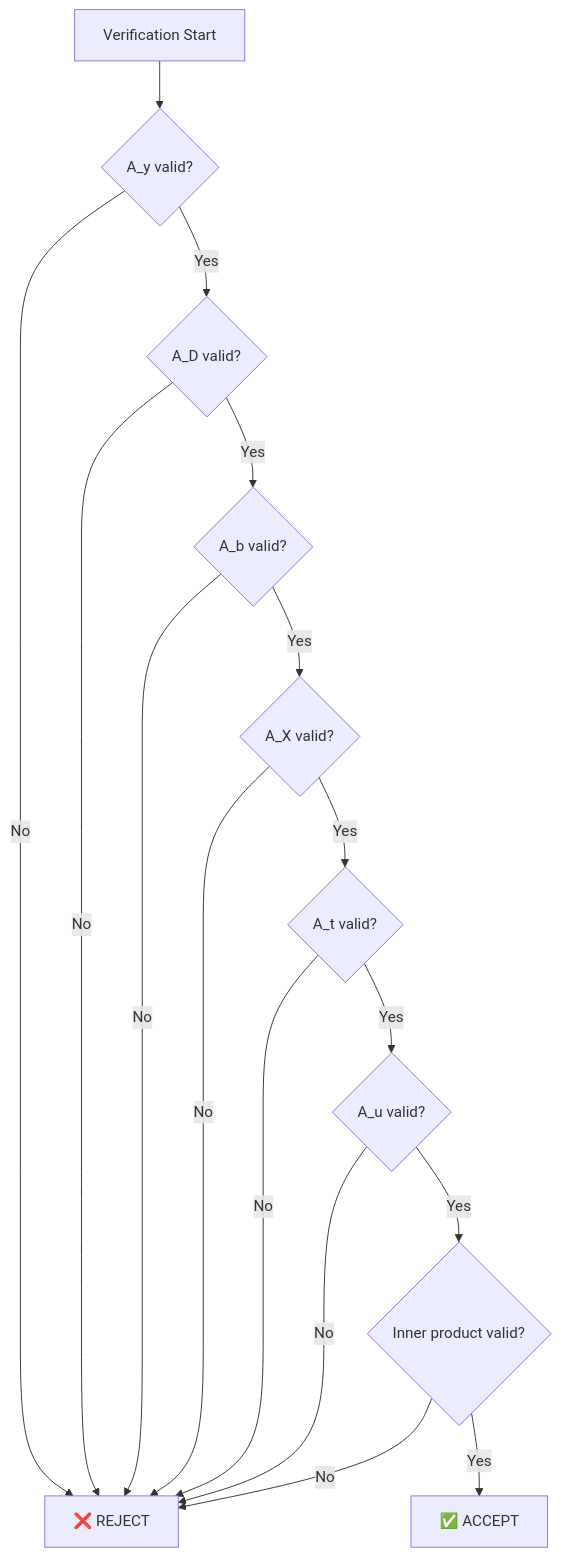
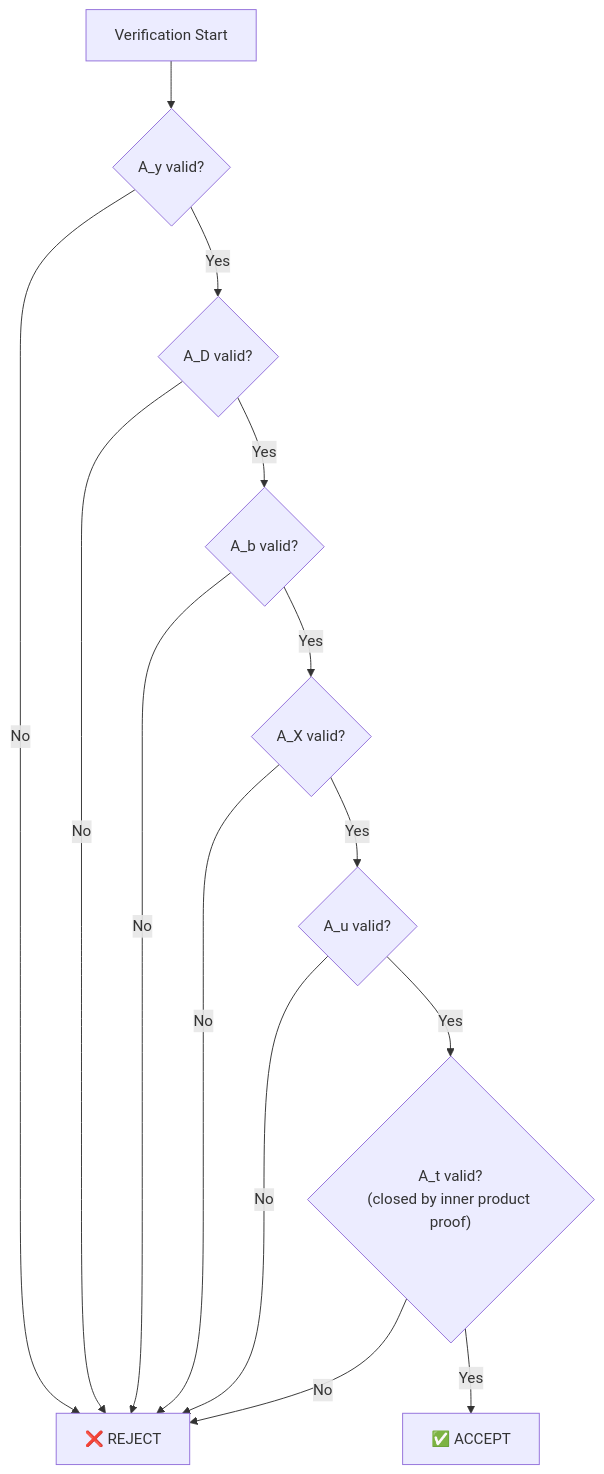
The fifth of 6 diagrams in derod-main/pages/integrity/proof-verification-flow.mdx (DHEBP/dero-docs), drawn with Mermaid before and after one commit. The commit also changed other lines of this file and 8 other files, not shown here.

````diff
--- a/derod-main/pages/integrity/proof-verification-flow.mdx
+++ b/derod-main/pages/integrity/proof-verification-flow.mdx
@@ -338,18 +338,16 @@
 ```mermaid
 flowchart TD
     V["Verification Start"] --> A{"A_y valid?"}
     A -->|No| REJ["❌ REJECT"]
     A -->|Yes| B{"A_D valid?"}
     B -->|No| REJ
     B -->|Yes| C{"A_b valid?"}
     C -->|No| REJ
     C -->|Yes| D{"A_X valid?"}
     D -->|No| REJ
-    D -->|Yes| E{"A_t valid?"}
+    D -->|Yes| F{"A_u valid?"}
+    F -->|No| REJ
+    F -->|Yes| E{"A_t valid?<br/>(closed by inner product proof)"}
     E -->|No| REJ
-    E -->|Yes| F{"A_u valid?"}
-    F -->|No| REJ
-    F -->|Yes| G{"Inner product valid?"}
-    G -->|No| REJ
-    G -->|Yes| ACC["✅ ACCEPT"]
+    E -->|Yes| ACC["✅ ACCEPT"]
 ```
````
